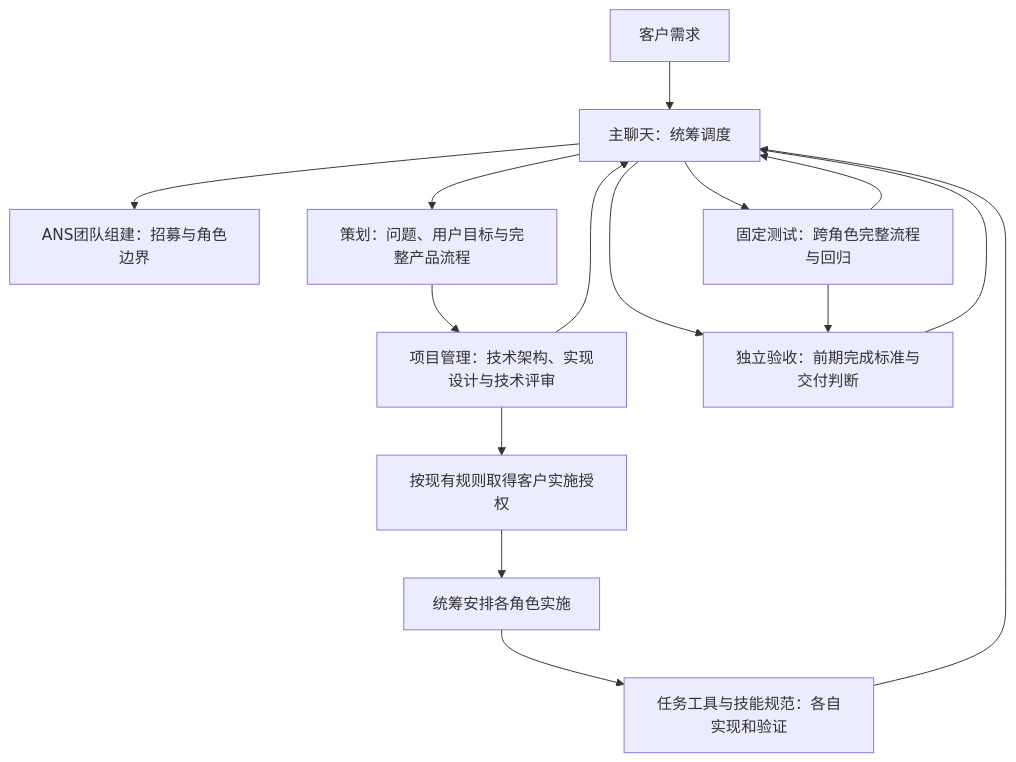
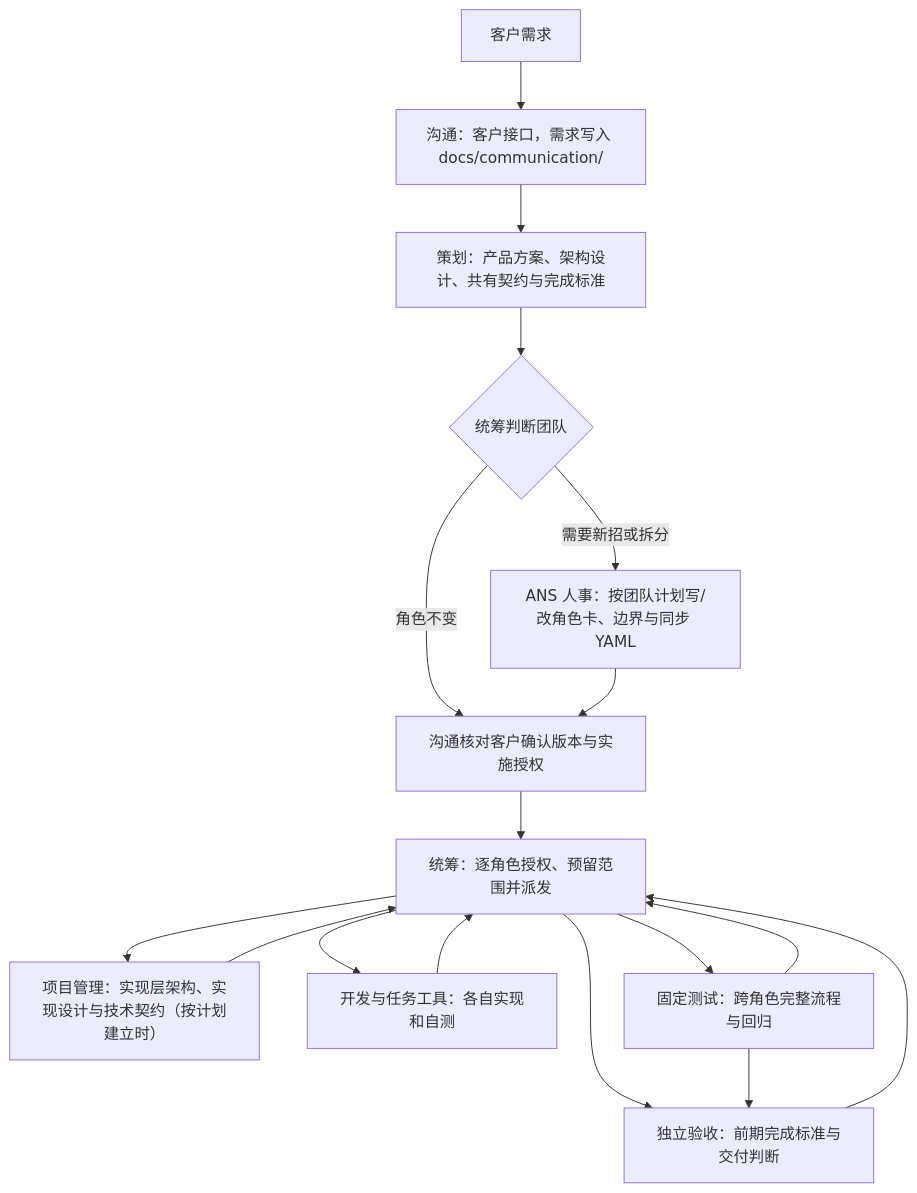
Before and after one commit to wangzhongren/ans-skill: the diagram in 角色卡/项目管理/docs/architecture.md, drawn with Mermaid. The commit also changed other lines of this file and 78 other files, not shown here.

````diff
--- a/角色卡/项目管理/docs/architecture.md
+++ b/角色卡/项目管理/docs/architecture.md
@@ -7,17 +13,19 @@
 ```mermaid
 flowchart TD
-  customer[客户需求] --> scheduler[主聊天：统筹调度]
-  scheduler --> team[ANS团队组建：招募与角色边界]
-  scheduler --> planner[策划：问题、用户目标与完整产品流程]
-  planner --> management[项目管理：技术架构、实现设计与技术评审]
-  management --> consent[按现有规则取得客户实施授权]
-  consent --> execution[统筹安排各角色实施]
-  execution --> development[任务工具与技能规范：各自实现和验证]
-  scheduler --> testing[固定测试：跨角色完整流程与回归]
-  scheduler --> acceptance[独立验收：前期完成标准与交付判断]
-  management --> scheduler
-  development --> scheduler
-  testing --> scheduler
+  customer[客户需求] --> communication[沟通：客户接口，需求写入 docs/communication/]
+  communication --> planner[策划：产品方案、架构设计、共有契约与完成标准]
+  planner --> judge{统筹判断团队}
+  judge -->|角色不变| consent[沟通核对客户确认版本与实施授权]
+  judge -->|需要新招或拆分| team[ANS 人事：按团队计划写/改角色卡、边界与同步 YAML]
+  team --> consent
+  consent --> dispatch[统筹：逐角色授权、预留范围并派发]
+  dispatch --> management[项目管理：实现层架构、实现设计与技术契约（按计划建立时）]
+  dispatch --> development[开发与任务工具：各自实现和自测]
+  dispatch --> testing[固定测试：跨角色完整流程与回归]
+  dispatch --> acceptance[独立验收：前期完成标准与交付判断]
+  management --> dispatch
+  development --> dispatch
+  testing --> dispatch
   testing --> acceptance
-  acceptance --> scheduler
+  acceptance --> dispatch
 ```
````
